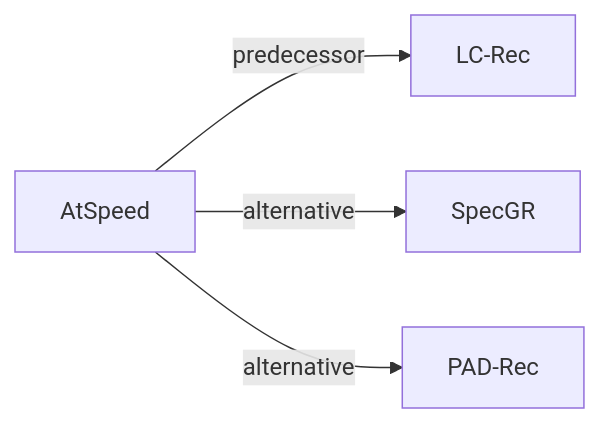
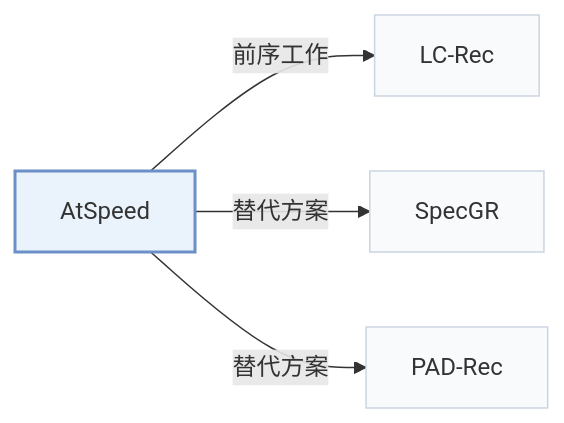
The second of 2 diagrams in pages/zh/papers/atspeed.md (Galaxy-ghost/Awesome-SID-Generative-Rec), drawn with Mermaid before and after one commit. The commit also changed other lines of this file and 649 other files, not shown here.

Commit message:
writer-05: also tags and modality index (schema, check, build, visuals); summary field removed; calibration data for 12 papers

````diff
--- a/pages/zh/papers/atspeed.md
+++ b/pages/zh/papers/atspeed.md
@@ -68,7 +74,11 @@
 ```mermaid
 flowchart LR
     P["AtSpeed"]
-    P -->|predecessor| A["LC-Rec"]
-    P -->|alternative| B["SpecGR"]
-    P -->|alternative| C["PAD-Rec"]
+    P -->|"前序工作"| A["LC-Rec"]
+    P -->|"替代方案"| B["SpecGR"]
+    P -->|"替代方案"| C["PAD-Rec"]
+    classDef main fill:#eaf2fb,stroke:#6b8fc7,stroke-width:2px
+    classDef peer fill:#f8fafc,stroke:#cbd5e1
+    class P main
+    class A,B,C peer
 ```
````
